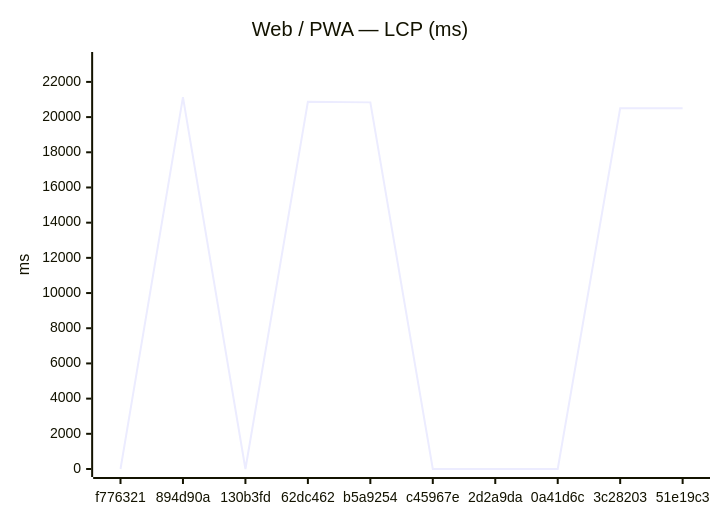
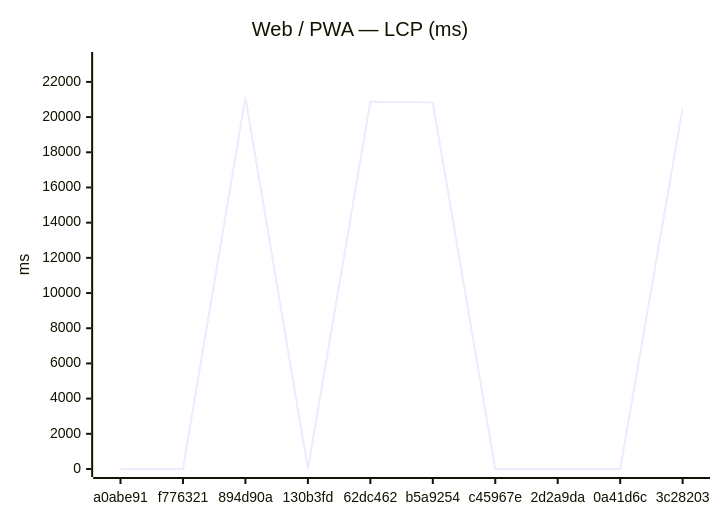
One commit to Metaheurist/Rianell changed the first of 18 diagrams in benchmarks/compare.md. Above: the diagram before and after it, drawn with Mermaid. The commit also changed other lines of this file and 11 other files, not shown here.

````diff
--- a/benchmarks/compare.md
+++ b/benchmarks/compare.md
@@ -24,7 +24,7 @@
 ```mermaid
 xychart-beta
     title "Web / PWA — LCP (ms)"
-    x-axis ["f776321", "894d90a", "130b3fd", "62dc462", "b5a9254", "c45967e", "2d2a9da", "0a41d6c", "3c28203", "51e19c3"]
+    x-axis ["a0abe91", "f776321", "894d90a", "130b3fd", "62dc462", "b5a9254", "c45967e", "2d2a9da", "0a41d6c", "3c28203"]
     y-axis "ms" 0 --> 23245
-    line [0, 21131, 0, 20871, 20837, 0, 0, 0, 20503, 20509]
+    line [0, 0, 21131, 0, 20871, 20837, 0, 0, 0, 20503]
 ```
````
